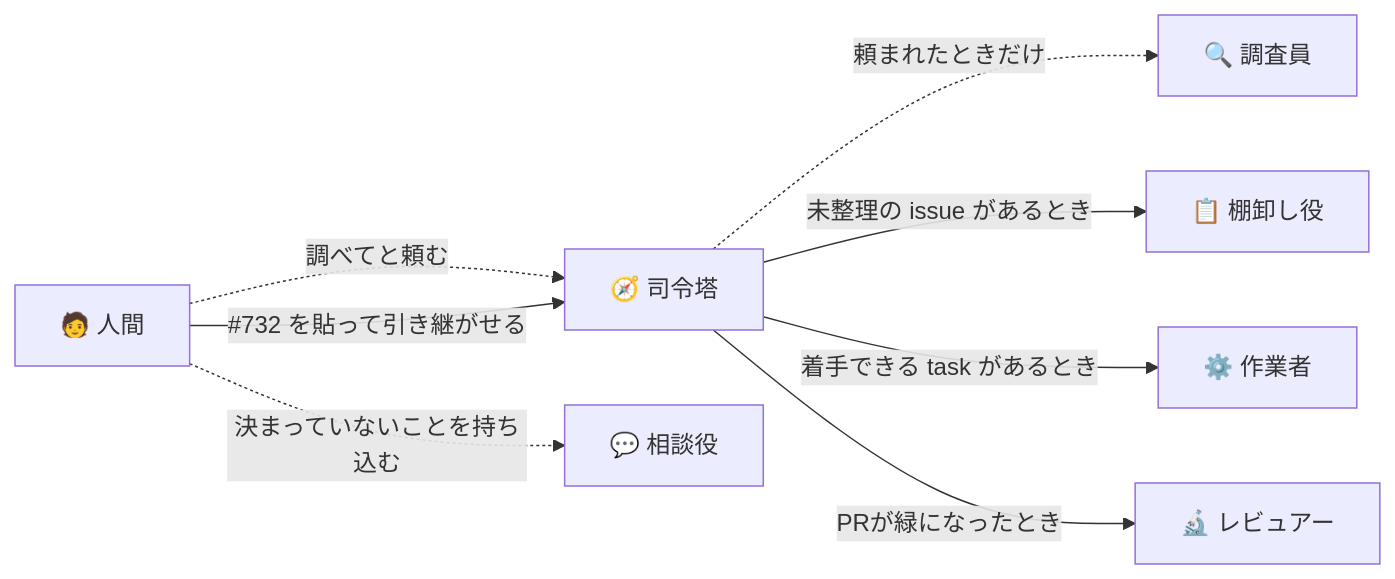
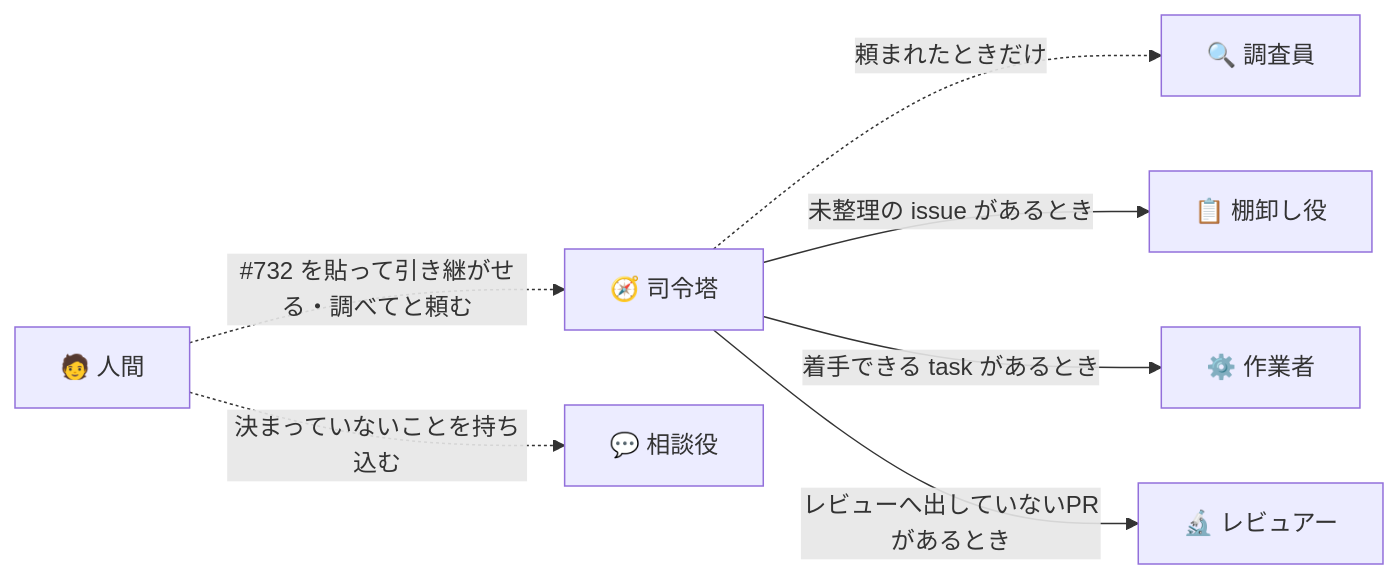
One commit to gooyyu1/UnmappedIsland changed the first of 5 diagrams in docs/ParallelAgents.md. Above: the diagram before and after it, drawn with Mermaid. The commit also changed other lines of this file, not shown here.

First line of the commit message:
図の凡例を数え直し、合図の表を振り分けの実態から引き直す

````diff
--- a/docs/ParallelAgents.md
+++ b/docs/ParallelAgents.md
@@ -28,18 +28,17 @@
 ```mermaid
 flowchart LR
     Human["🧑 人間"]
     Cmd["🧭 司令塔"]
     Adviser["💬 相談役"]
     Scout["🔍 調査員"]
     Triage["📋 棚卸し役"]
     Worker["⚙️ 作業者"]
     Reviewer["🔬 レビュアー"]
 
     Human -.->|"決まっていないことを持ち込む"| Adviser
-    Human -.->|"調べてと頼む"| Cmd
-    Human -->|"#732 を貼って引き継がせる"| Cmd
+    Human -.->|"#732 を貼って引き継がせる・調べてと頼む"| Cmd
     Cmd -.->|"頼まれたときだけ"| Scout
     Cmd -->|"未整理の issue があるとき"| Triage
     Cmd -->|"着手できる task があるとき"| Worker
-    Cmd -->|"PRが緑になったとき"| Reviewer
+    Cmd -->|"レビューへ出していないPRがあるとき"| Reviewer
 ```
````
